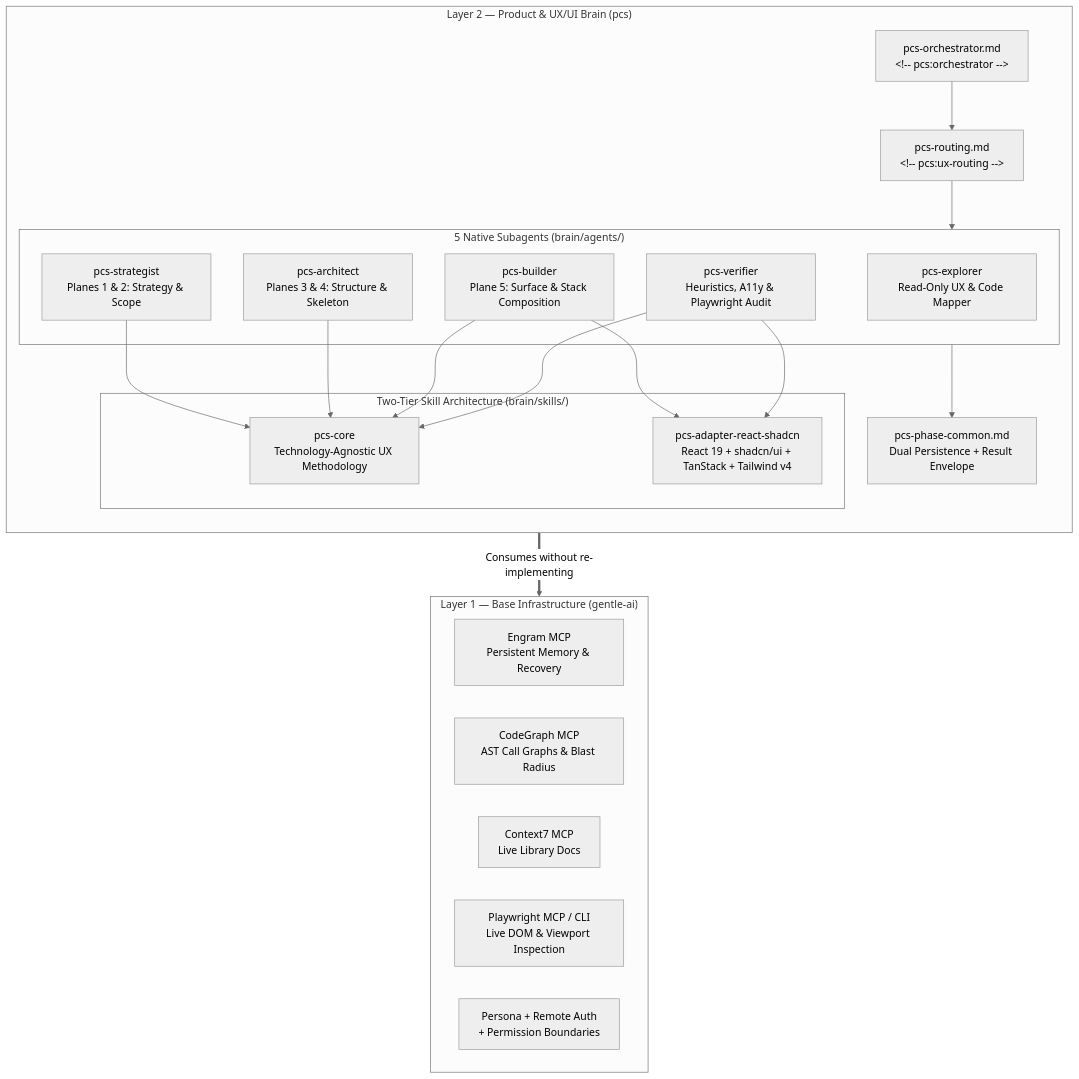
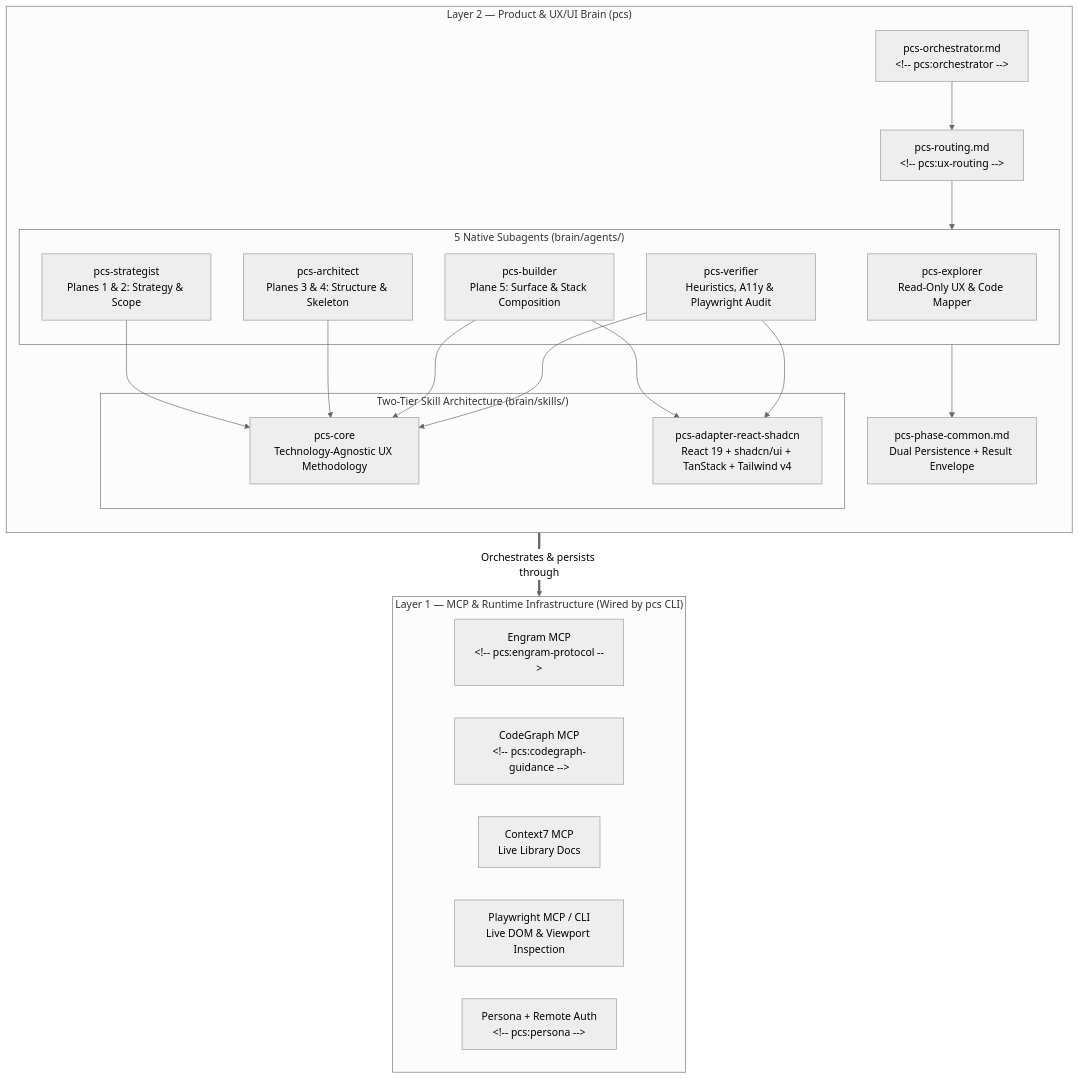
The first of 2 diagrams in docs/architecture.md (yorth21/pcs), drawn with Mermaid (neutral theme) before and after one commit. The commit also changed other lines of this file and 19 other files, not shown here.

Commit message:
feat(cli): make pcs 100% standalone with codegraph init, pcs:* markers, and cross-platform launchers

````diff
--- a/docs/architecture.md
+++ b/docs/architecture.md
@@ -11,39 +11,39 @@
 ```mermaid
 flowchart TB
     subgraph L2["Layer 2 — Product & UX/UI Brain (pcs)"]
         direction TB
         ORCH["pcs-orchestrator.md<br/>&lt;!-- pcs:orchestrator --&gt;"]
         ROUT["pcs-routing.md<br/>&lt;!-- pcs:ux-routing --&gt;"]
         SHARED["pcs-phase-common.md<br/>Dual Persistence + Result Envelope"]
 
         subgraph AGENTS["5 Native Subagents (brain/agents/)"]
             EXP["pcs-explorer<br/>Read-Only UX & Code Mapper"]
             STR["pcs-strategist<br/>Planes 1 & 2: Strategy & Scope"]
             ARC["pcs-architect<br/>Planes 3 & 4: Structure & Skeleton"]
             BLD["pcs-builder<br/>Plane 5: Surface & Stack Composition"]
             VER["pcs-verifier<br/>Heuristics, A11y & Playwright Audit"]
         end
 
         subgraph SKILLS["Two-Tier Skill Architecture (brain/skills/)"]
             CORE["pcs-core<br/>Technology-Agnostic UX Methodology"]
             ADAPT["pcs-adapter-react-shadcn<br/>React 19 + shadcn/ui + TanStack + Tailwind v4"]
         end
 
         ORCH --> ROUT
         ROUT --> AGENTS
         AGENTS --> SHARED
         STR & ARC & BLD & VER --> CORE
         BLD & VER --> ADAPT
     end
 
-    subgraph L1["Layer 1 — Base Infrastructure (gentle-ai)"]
+    subgraph L1["Layer 1 — MCP & Runtime Infrastructure (Wired by pcs CLI)"]
         direction LR
-        ENG["Engram MCP<br/>Persistent Memory & Recovery"]
-        CG["CodeGraph MCP<br/>AST Call Graphs & Blast Radius"]
+        ENG["Engram MCP<br/>&lt;!-- pcs:engram-protocol --&gt;"]
+        CG["CodeGraph MCP<br/>&lt;!-- pcs:codegraph-guidance --&gt;"]
         C7["Context7 MCP<br/>Live Library Docs"]
         PW["Playwright MCP / CLI<br/>Live DOM & Viewport Inspection"]
-        SEC["Persona + Remote Auth<br/>+ Permission Boundaries"]
+        SEC["Persona + Remote Auth<br/>&lt;!-- pcs:persona --&gt;"]
     end
 
-    L2 ==>|"Consumes without re-implementing"| L1
+    L2 ==>|"Orchestrates & persists through"| L1
 ```
````
